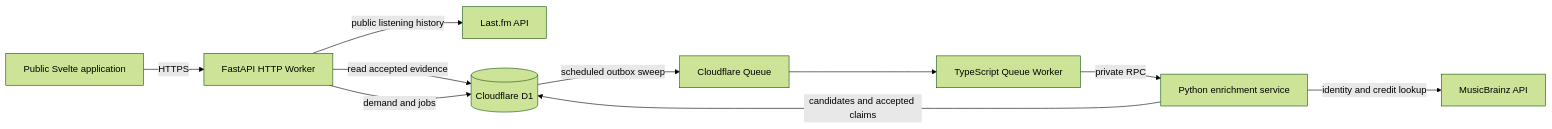
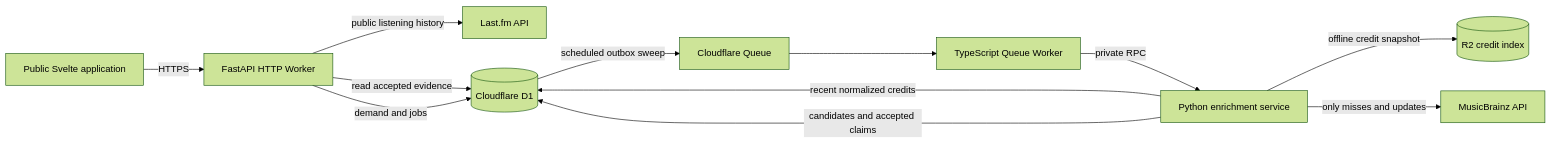
One commit to rosa-gus/timbre-palette changed the diagram in README.md. Above: the diagram before and after it, drawn with Mermaid (forest theme). The commit also changed other lines of this file and 21 other files, not shown here.

Commit message:
feat: add MusicBrainz offline credit index

````diff
--- a/README.md
+++ b/README.md
@@ -55,12 +55,14 @@
 ```mermaid
 flowchart LR
     Browser[Public Svelte application] -->|HTTPS| API[FastAPI HTTP Worker]
     API -->|public listening history| LastFM[Last.fm API]
     API -->|read accepted evidence| D1[(Cloudflare D1)]
     API -->|demand and jobs| D1[(Cloudflare D1)]
     D1 -->|scheduled outbox sweep| Queue[Cloudflare Queue]
     Queue --> QueueWorker[TypeScript Queue Worker]
     QueueWorker -->|private RPC| Enricher[Python enrichment service]
-    Enricher -->|identity and credit lookup| MusicBrainz[MusicBrainz API]
+    Enricher -->|recent normalized credits| D1
+    Enricher -->|offline credit snapshot| R2[(R2 credit index)]
+    Enricher -->|only misses and updates| MusicBrainz[MusicBrainz API]
     Enricher -->|candidates and accepted claims| D1
 ```
````
